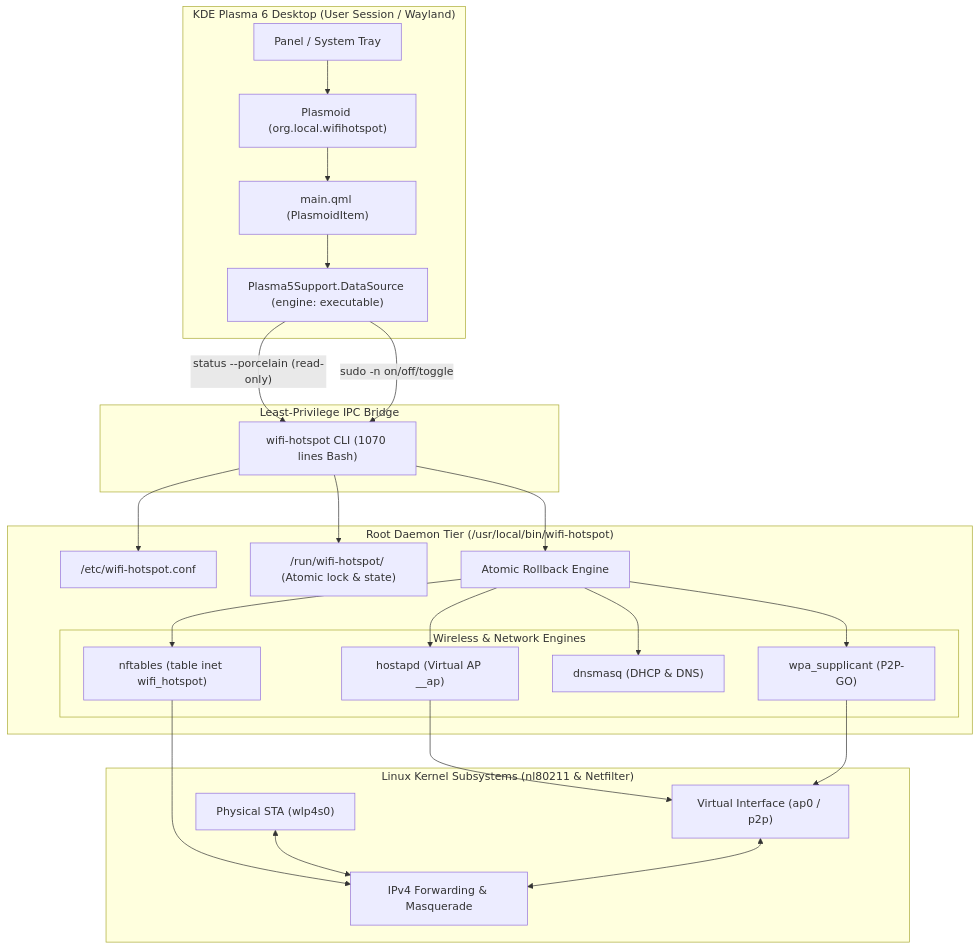
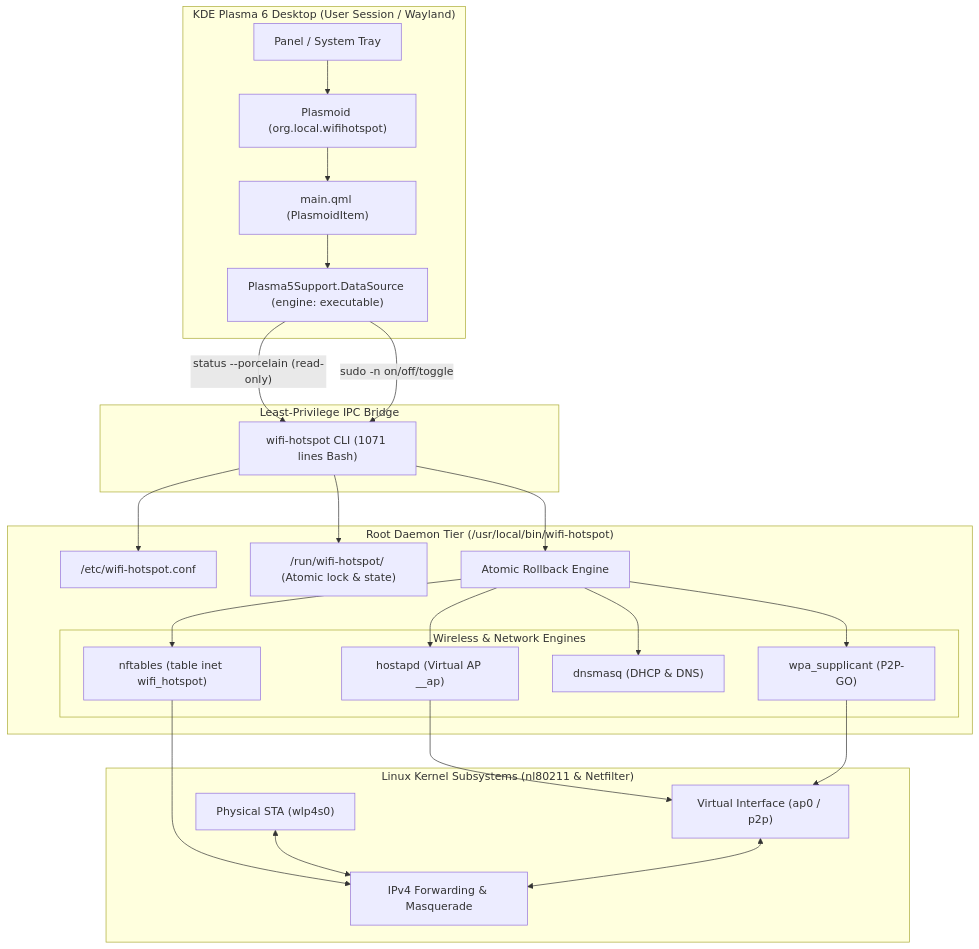
The diagram in README.md (bowo-ltd/plasma-concurrent-wifi-hotspot), drawn with Mermaid before and after one commit. The commit also changed other lines of this file and 4 other files, not shown here.

Commit message:
docs(widget): fix template pollTimer binding and sync architecture/DNS/polling docs

````diff
--- a/README.md
+++ b/README.md
@@ -57,51 +57,51 @@
 ```mermaid
 flowchart TD
     subgraph UI_Tier["KDE Plasma 6 Desktop (User Session / Wayland)"]
         Panel["Panel / System Tray"]
         Plasmoid["Plasmoid (org.local.wifihotspot)"]
         QML["main.qml (PlasmoidItem)"]
         DataEngine["Plasma5Support.DataSource (engine: executable)"]
         
         Panel --> Plasmoid --> QML --> DataEngine
     end
 
     subgraph IPC_Bridge["Least-Privilege IPC Bridge"]
         DataEngine -- "status --porcelain (read-only)" --> CLI
         DataEngine -- "sudo -n on/off/toggle" --> CLI
     end
 
     subgraph System_Tier["Root Daemon Tier (/usr/local/bin/wifi-hotspot)"]
-        CLI["wifi-hotspot CLI (1070 lines Bash)"]
+        CLI["wifi-hotspot CLI (1071 lines Bash)"]
         Conf["/etc/wifi-hotspot.conf"]
         State["/run/wifi-hotspot/ (Atomic lock & state)"]
         Rollback["Atomic Rollback Engine"]
         
         CLI --> Conf
         CLI --> State
         CLI --> Rollback
         
         subgraph Subsystems["Wireless & Network Engines"]
             Hostapd["hostapd (Virtual AP __ap)"]
             WpaSupp["wpa_supplicant (P2P-GO)"]
             Dnsmasq["dnsmasq (DHCP & DNS)"]
             NFT["nftables (table inet wifi_hotspot)"]
         end
         
         Rollback --> Hostapd
         Rollback --> WpaSupp
         Rollback --> Dnsmasq
         Rollback --> NFT
     end
 
     subgraph Kernel_Tier["Linux Kernel Subsystems (nl80211 & Netfilter)"]
         Upstream["Physical STA (wlp4s0)"]
         Virtual["Virtual Interface (ap0 / p2p)"]
         NAT["IPv4 Forwarding & Masquerade"]
         
         Hostapd --> Virtual
         WpaSupp --> Virtual
         NFT --> NAT
         Upstream <--> NAT
         Virtual <--> NAT
     end
 ```
````
